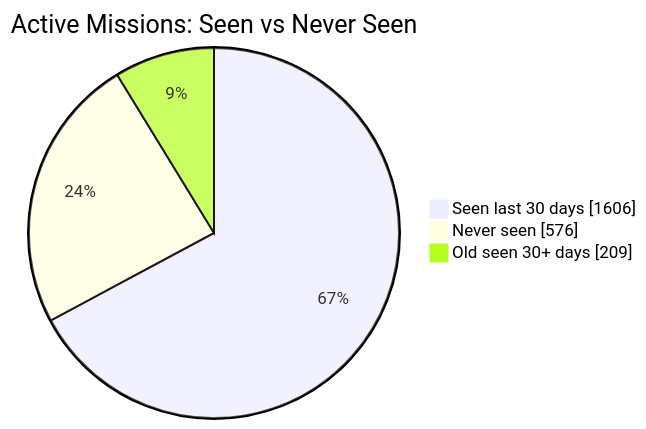
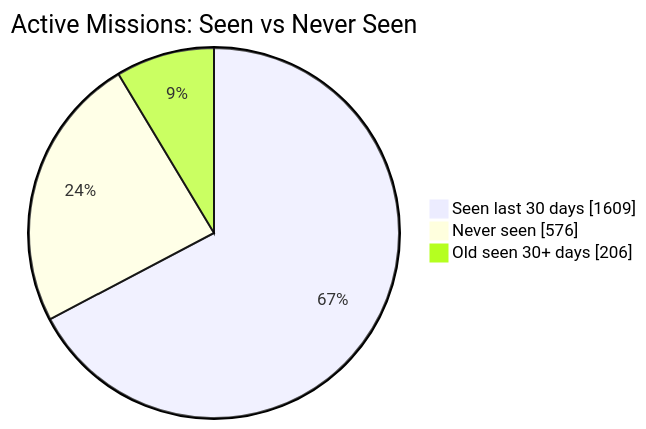
The first of 2 diagrams in README.md (MeldkamerspelGameTeam/active-missions), drawn with Mermaid before and after one commit. The commit also changed other lines of this file and 2 other files, not shown here.

````diff
--- a/README.md
+++ b/README.md
@@ -34,7 +34,7 @@
 ```mermaid
 pie showData
     title Active Missions: Seen vs Never Seen
-    "Seen last 30 days" : 1606
+    "Seen last 30 days" : 1609
     "Never seen" : 576
-    "Old seen 30+ days" : 209
+    "Old seen 30+ days" : 206
 ```
````
